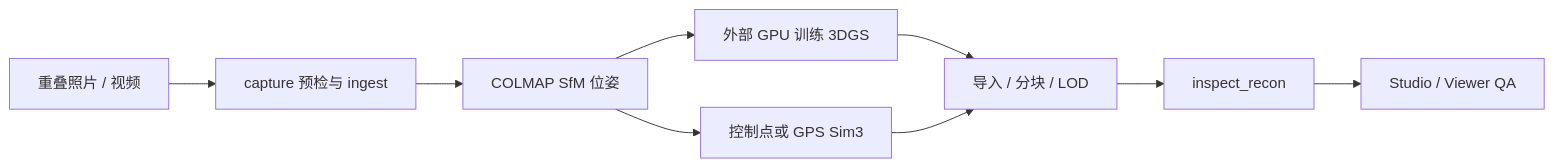
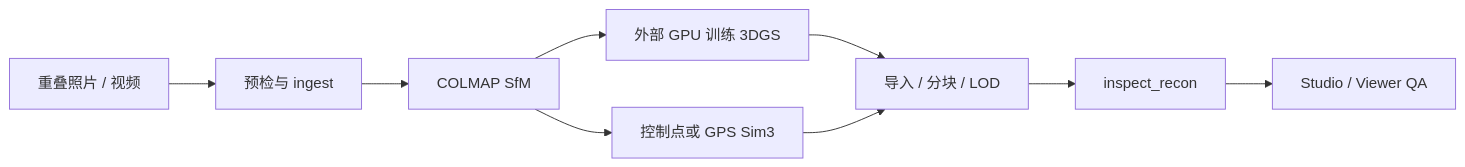
Before and after one commit to taomic2035/nantai-3d: the diagram in README.md, drawn with Mermaid. The commit also changed other lines of this file and 1 other file, not shown here.

````diff
--- a/README.md
+++ b/README.md
@@ -70,11 +48,11 @@
 ```mermaid
 flowchart LR
-    A["重叠照片 / 视频"] --> B["capture 预检与 ingest"]
-    B --> C["COLMAP SfM 位姿"]
+    A["重叠照片 / 视频"] --> B["预检与 ingest"]
+    B --> C["COLMAP SfM"]
     C --> D["外部 GPU 训练 3DGS"]
     D --> E["导入 / 分块 / LOD"]
     C --> F["控制点或 GPS Sim3"]
     F --> E
     E --> G["inspect_recon"]
     G --> H["Studio / Viewer QA"]
 ```
````
